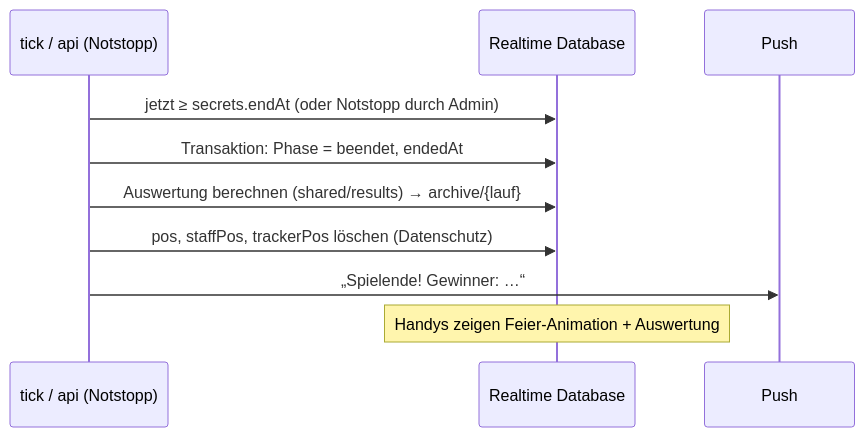
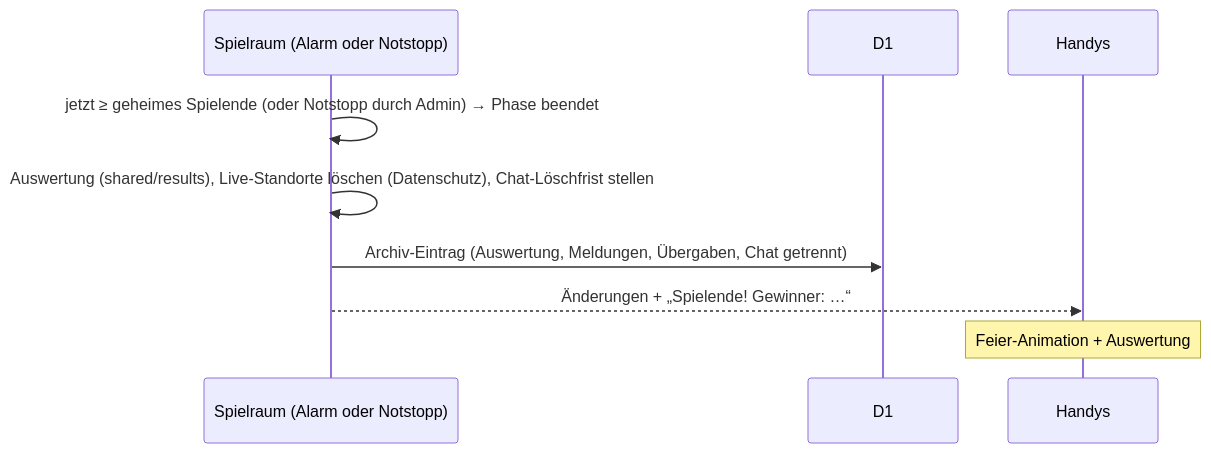
One commit to peter-mayrhofer/Mr.-X changed the fourth of 4 diagrams in docs/KONZEPT.md. Above: the diagram before and after it, drawn with Mermaid. The commit also changed other lines of this file and 12 other files, not shown here.

````diff
--- a/docs/KONZEPT.md
+++ b/docs/KONZEPT.md
@@ -255,12 +239,11 @@
 ```mermaid
 sequenceDiagram
-  participant T as tick / api (Notstopp)
-  participant DB as Realtime Database
-  participant FCM as Push
-  T->>DB: jetzt ≥ secrets.endAt (oder Notstopp durch Admin)
-  T->>DB: Transaktion: Phase = beendet, endedAt
-  T->>DB: Auswertung berechnen (shared/results) → archive/{lauf}
-  T->>DB: pos, staffPos, trackerPos löschen (Datenschutz)
-  T->>FCM: „Spielende! Gewinner: …“
-  Note over DB: Handys zeigen Feier-Animation + Auswertung
+  participant R as Spielraum (Alarm oder Notstopp)
+  participant D as D1
+  participant H as Handys
+  R->>R: jetzt ≥ geheimes Spielende (oder Notstopp durch Admin) → Phase beendet
+  R->>R: Auswertung (shared/results), Live-Standorte löschen (Datenschutz), Chat-Löschfrist stellen
+  R->>D: Archiv-Eintrag (Auswertung, Meldungen, Übergaben, Chat getrennt)
+  R-->>H: Änderungen + „Spielende! Gewinner: …“
+  Note over H: Feier-Animation + Auswertung
 ```
````
